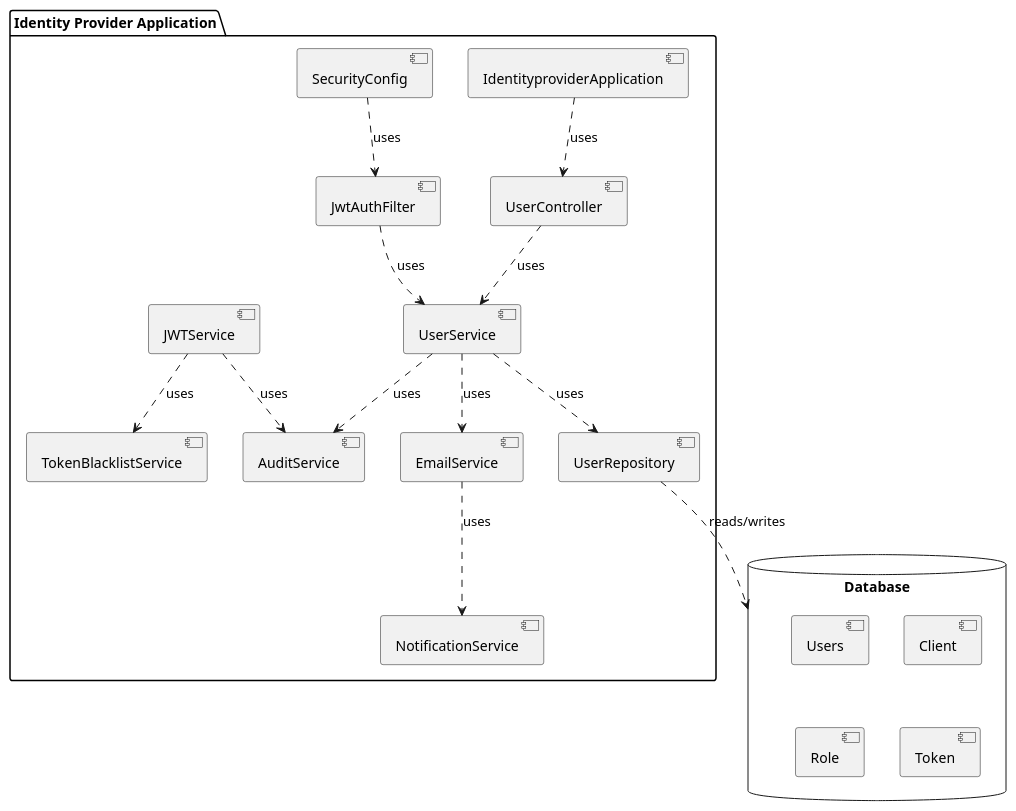
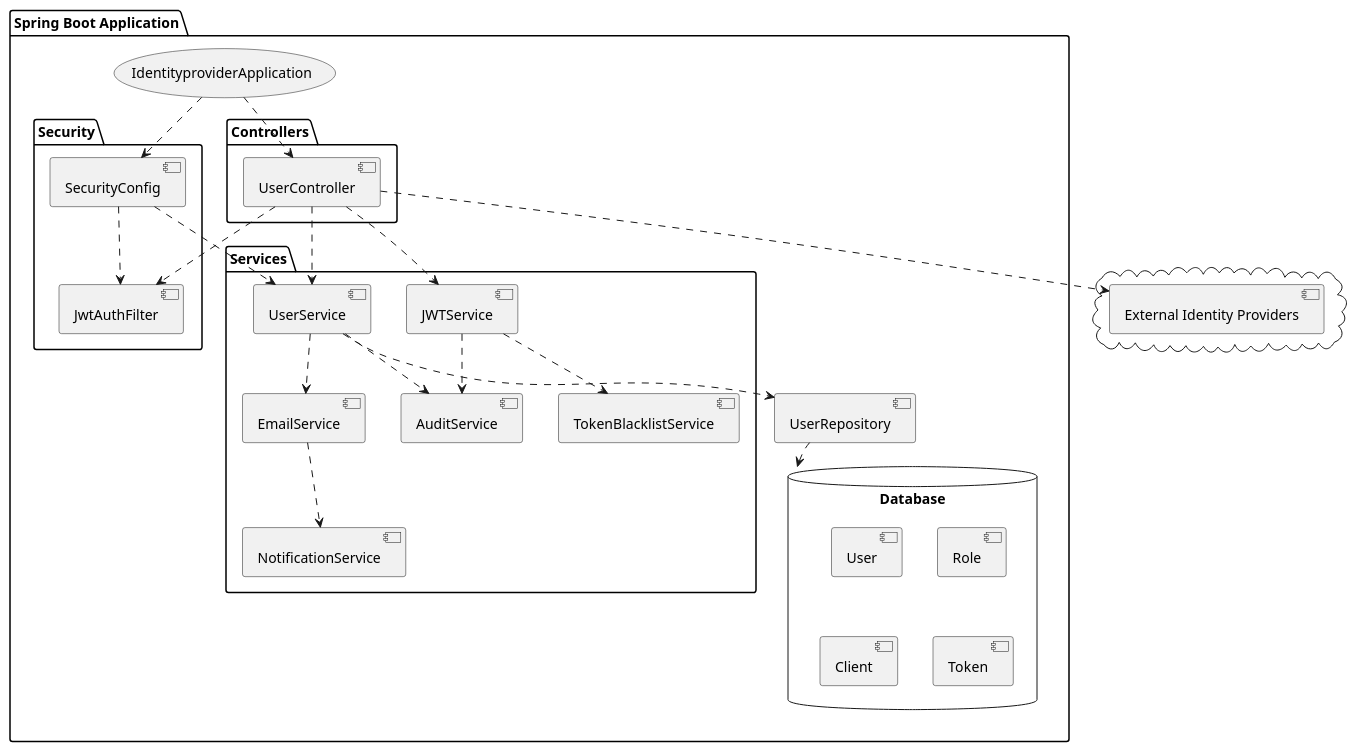
The diagram in identityprovider/documentation/architecturedesign.adoc (Dinesh-s95/AutoDoc.ai), drawn with PlantUML before and after one commit. The commit also changed other lines of this file and 19 other files, not shown here.

```diff
--- a/identityprovider/documentation/architecturedesign.adoc
+++ b/identityprovider/documentation/architecturedesign.adoc
@@ -7,40 +9,49 @@
-[plantuml, diagram-arch, png]
+[plantuml, diagram-architecture, png]
 ....
 @startuml
-skinparam componentStyle uml2
-
-package "Identity Provider Application" {
-  [IdentityproviderApplication] as App
-  [UserController]
-  [JwtAuthFilter]
-  [SecurityConfig]
-  [UserService]
-  [JWTService]
-  [AuditService]
-  [EmailService]
-  [TokenBlacklistService]
-  [NotificationService]
-  [UserRepository]
+package "Spring Boot Application" {
+    [IdentityproviderApplication] as (App)
+    package "Controllers" {
+        [UserController]
+    }
+    package "Security" {
+        [JwtAuthFilter]
+        [SecurityConfig]
+    }
+    package "Services" {
+        [UserService]
+        [JWTService]
+        [AuditService]
+        [EmailService]
+        [NotificationService]
+        [TokenBlacklistService]
+    }
+    database "Database" {
+        [User]
+        [Role]
+        [Client]
+        [Token]
+    }
+    [UserRepository] ..> Database
+    UserService ..> UserRepository
+    UserService ..> EmailService
+    UserService ..> AuditService
+    JWTService ..> AuditService
+    JWTService ..> TokenBlacklistService
+    EmailService ..> NotificationService
+    UserController ..> UserService
+    UserController ..> JWTService
+    UserController ..> JwtAuthFilter
+    SecurityConfig ..> JwtAuthFilter
+    SecurityConfig ..> UserService
 }
 
-database "Database" {
-  [Users]
-  [Client]
-  [Role]
-  [Token]
+cloud {
+    [External Identity Providers]
 }
 
-[App] ..> [UserController] : uses
-[UserController] ..> [UserService] : uses
-[UserService] ..> [UserRepository] : uses
-[UserService] ..> [EmailService] : uses
-[UserService] ..> [AuditService] : uses
-[JwtAuthFilter] ..> [UserService] : uses
-[SecurityConfig] ..> [JwtAuthFilter] : uses
-[JWTService] ..> [AuditService] : uses
-[JWTService] ..> [TokenBlacklistService] : uses
-[EmailService] ..> [NotificationService] : uses
-[UserRepository] ..> [Database] : reads/writes
-
+App ..> UserController
+App ..> SecurityConfig
+UserController ..> [External Identity Providers]
 @enduml
 ....
```
